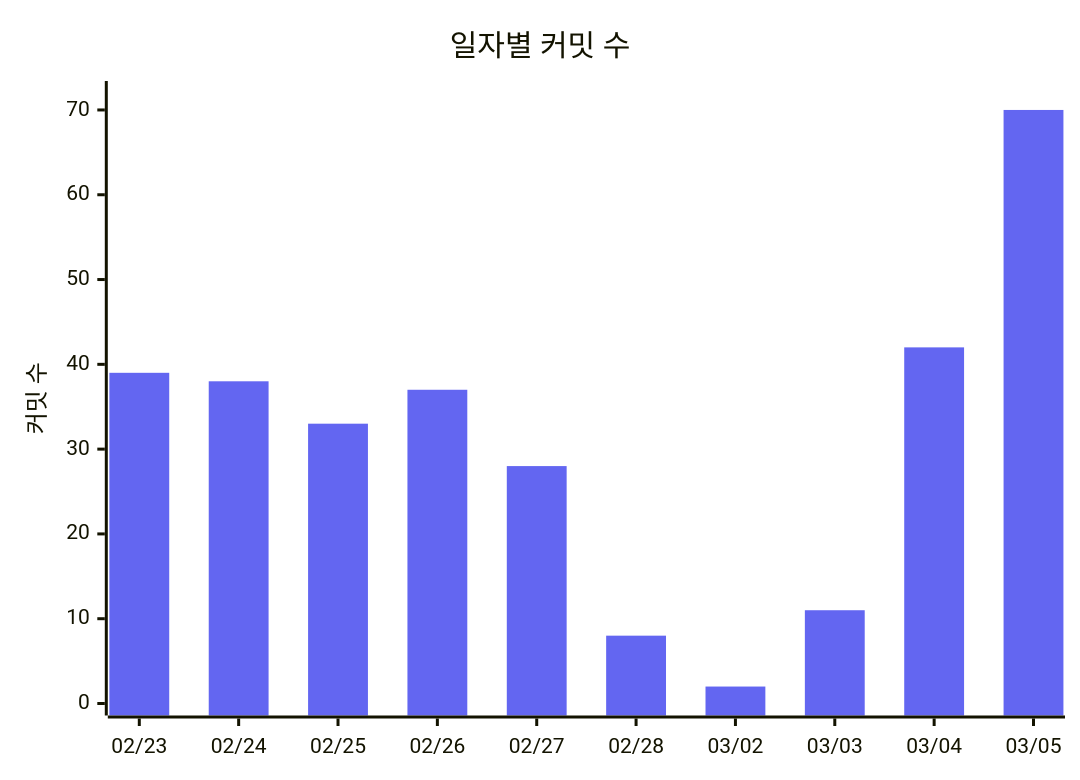
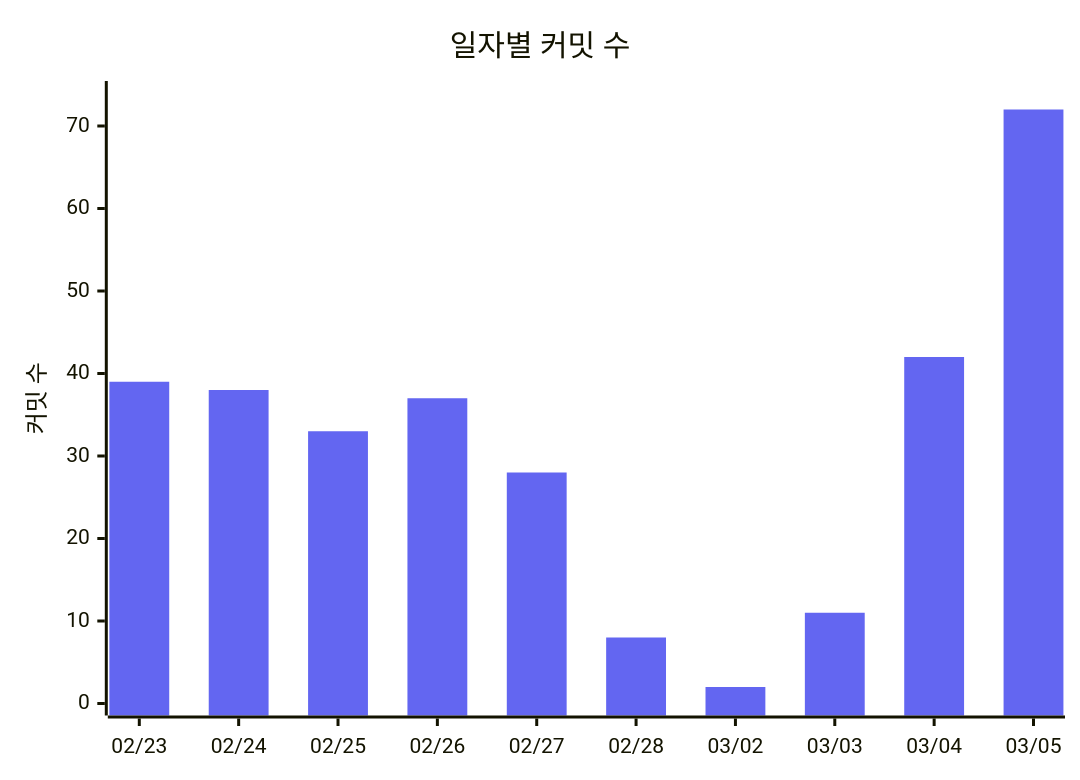
One commit to 3rd-project-team-1/ALYAC-market-team1 changed the fourth of 4 diagrams in README.md. Above: the diagram before and after it, drawn with Mermaid. The commit also changed other lines of this file, not shown here.

````diff
--- a/README.md
+++ b/README.md
@@ -455,12 +452,12 @@
 ```mermaid
 %%{init: { 'theme': 'base', 'themeVariables': {
   'xyChart': {
     'plotColorPalette': '#6366f1'
   }
 } } }%%
 xychart-beta
   title "일자별 커밋 수"
   x-axis ["02/23", "02/24", "02/25", "02/26", "02/27", "02/28", "03/02", "03/03", "03/04", "03/05"]
-  y-axis "커밋 수" 0 --> 72
-  bar [39, 38, 33, 37, 28, 8, 2, 11, 42, 70]
+  y-axis "커밋 수" 0 --> 74
+  bar [39, 38, 33, 37, 28, 8, 2, 11, 42, 72]
 ```
````
